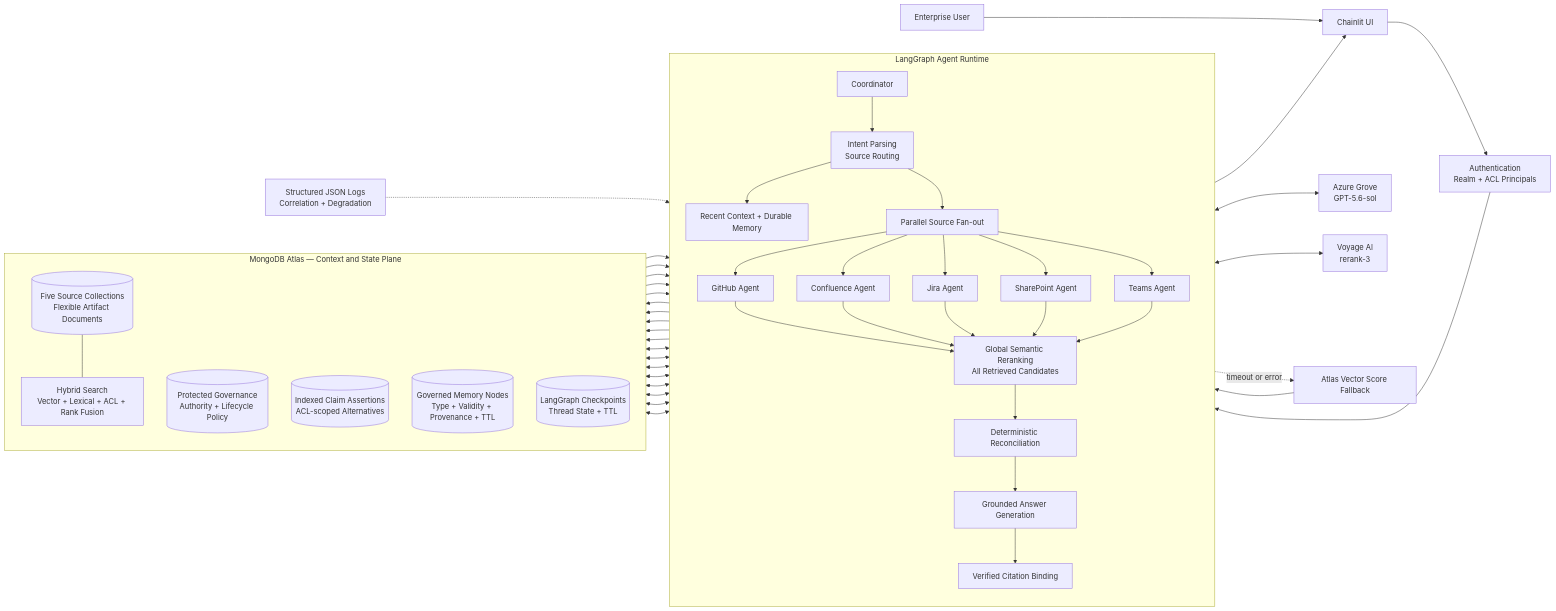
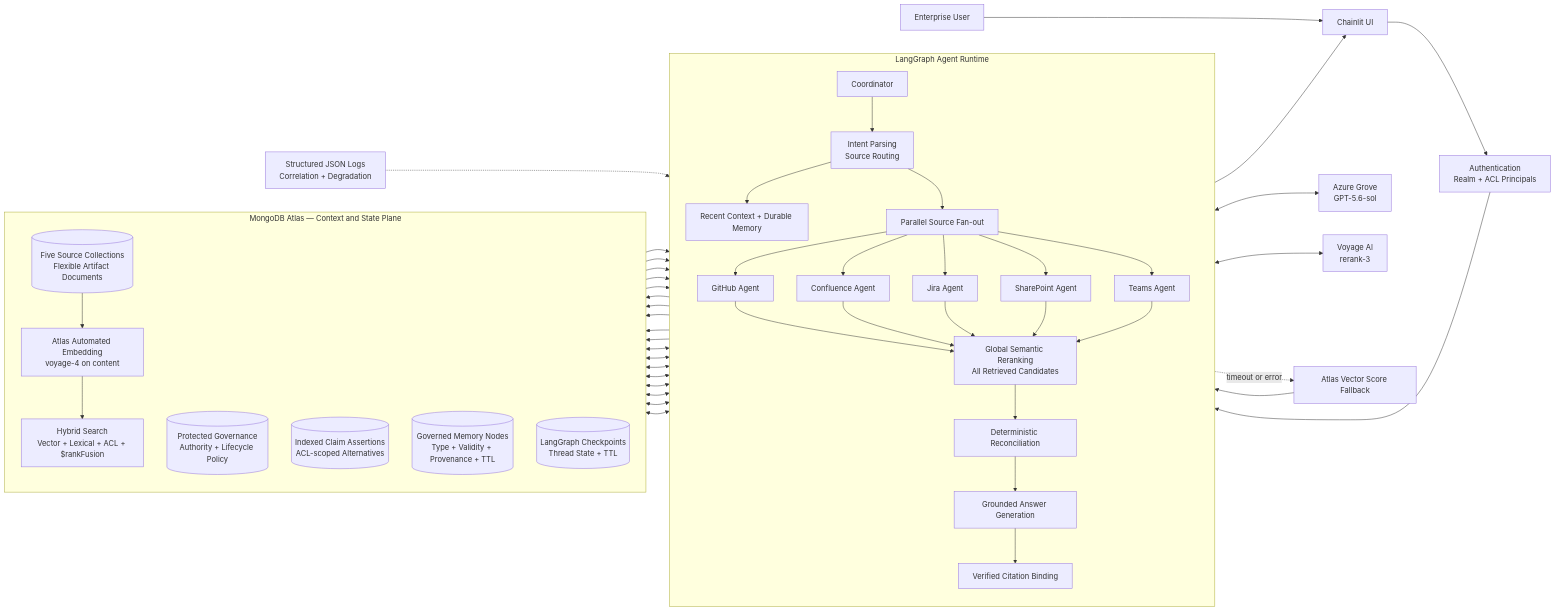
Before and after one commit to alxmancilla/Context_Retrieval_Demo: the diagram in ARCHITECTURE.md, drawn with Mermaid. The commit also changed other lines of this file and 21 other files, not shown here.

````diff
--- a/ARCHITECTURE.md
+++ b/ARCHITECTURE.md
@@ -9,50 +9,51 @@
 ```mermaid
 flowchart LR
     U[Enterprise User] --> UI[Chainlit UI]
     UI --> SEC[Authentication<br/>Realm + ACL Principals]
     SEC --> LG
 
     subgraph APP[LangGraph Agent Runtime]
         direction TB
         LG[Coordinator] --> INT[Intent Parsing<br/>Source Routing]
         INT --> MEM[Recent Context + Durable Memory]
         INT --> FAN[Parallel Source Fan-out]
         FAN --> GH[GitHub Agent]
         FAN --> CF[Confluence Agent]
         FAN --> JI[Jira Agent]
         FAN --> SP[SharePoint Agent]
         FAN --> TM[Teams Agent]
         GH --> RR[Global Semantic Reranking<br/>All Retrieved Candidates]
         CF --> RR
         JI --> RR
         SP --> RR
         TM --> RR
         RR --> REC[Deterministic Reconciliation]
         REC --> GEN[Grounded Answer Generation]
         GEN --> CIT[Verified Citation Binding]
     end
 
     subgraph ATLAS[MongoDB Atlas — Context and State Plane]
         direction TB
         SRC[(Five Source Collections<br/>Flexible Artifact Documents)]
-        IDX[Hybrid Search<br/>Vector + Lexical + ACL + Rank Fusion]
+        EMB[Atlas Automated Embedding<br/>voyage-4 on content]
+        IDX[Hybrid Search<br/>Vector + Lexical + ACL + $rankFusion]
         REG[(Protected Governance<br/>Authority + Lifecycle Policy)]
         CLM[(Indexed Claim Assertions<br/>ACL-scoped Alternatives)]
         SM[(Governed Memory Nodes<br/>Type + Validity + Provenance + TTL)]
         CP[(LangGraph Checkpoints<br/>Thread State + TTL)]
-        SRC --- IDX
+        SRC --> EMB --> IDX
     end
 
     GH & CF & JI & SP & TM --> IDX
     IDX --> GH & CF & JI & SP & TM
     MEM <--> SM
     REC <--> REG
     GH & CF & JI & SP & TM <--> CLM
     LG <--> CP
     GEN <--> GROVE[Azure Grove<br/>GPT-5.6-sol]
     RR <--> VOYAGE[Voyage AI<br/>rerank-3]
     RR -. timeout or error .-> FALLBACK[Atlas Vector Score Fallback]
     FALLBACK --> REC
     CIT --> UI
     OBS[Structured JSON Logs<br/>Correlation + Degradation] -.-> APP
 ```
````
